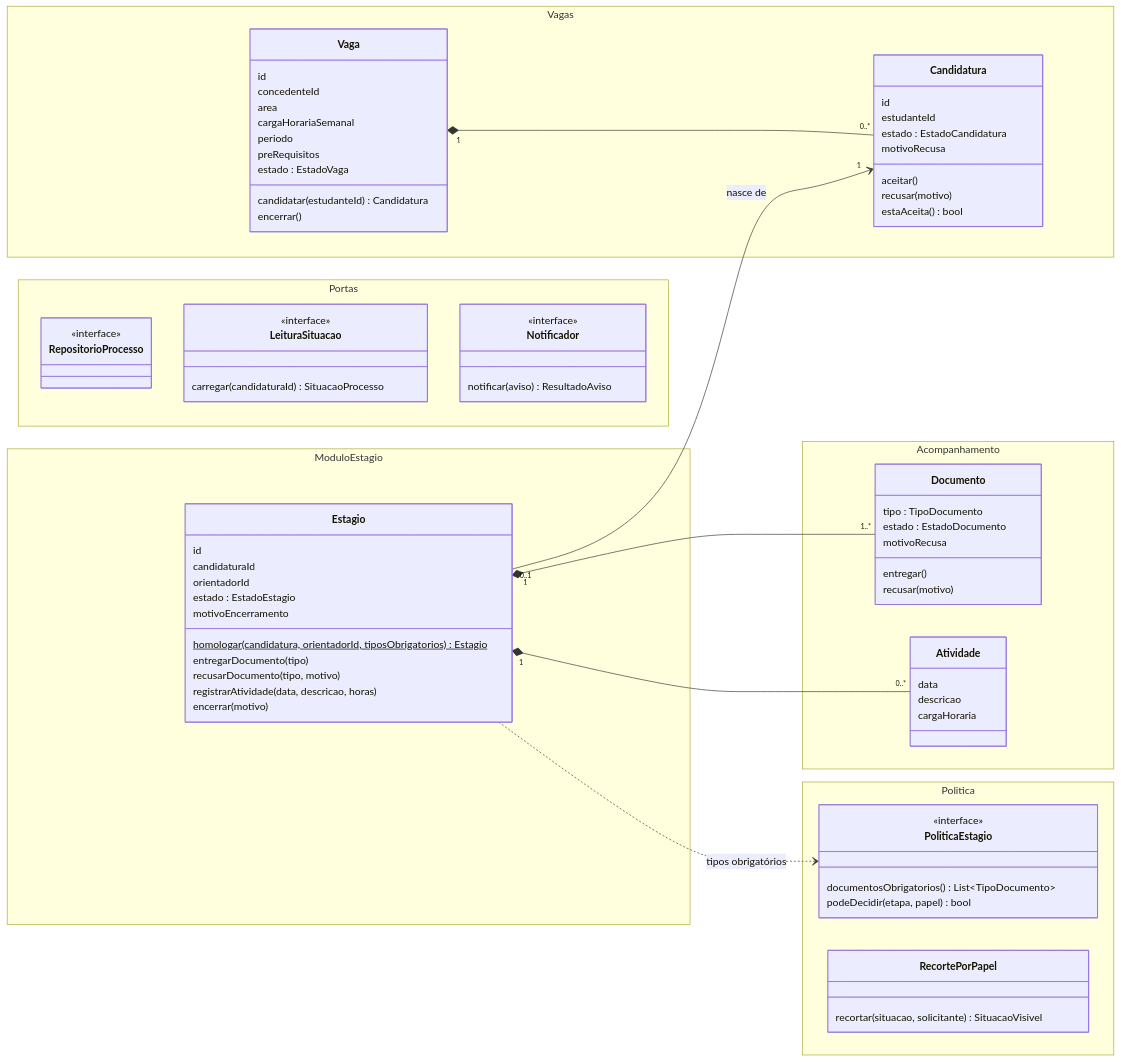
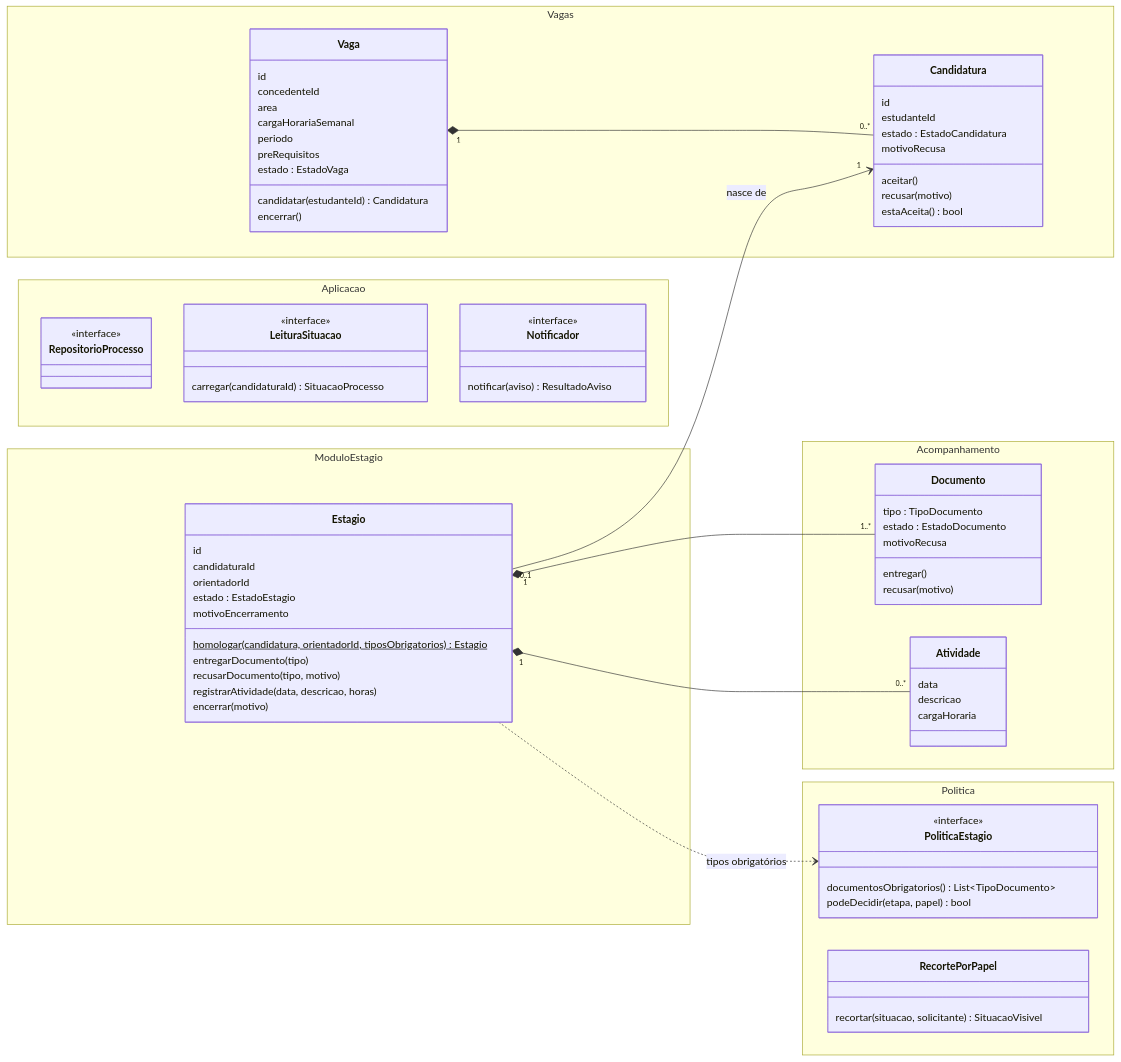
One commit to sofiawl/SoftwareDesign changed the diagram in docs/modelo-dominio.md. Above: the diagram before and after it, drawn with Mermaid. The commit also changed other lines of this file and 1 other file, not shown here.

```diff
--- a/docs/modelo-dominio.md
+++ b/docs/modelo-dominio.md
@@ -72,7 +72,7 @@
         }
     }
 
-    namespace Portas {
+    namespace Aplicacao {
         class RepositorioProcesso {
             <<interface>>
         }
```
